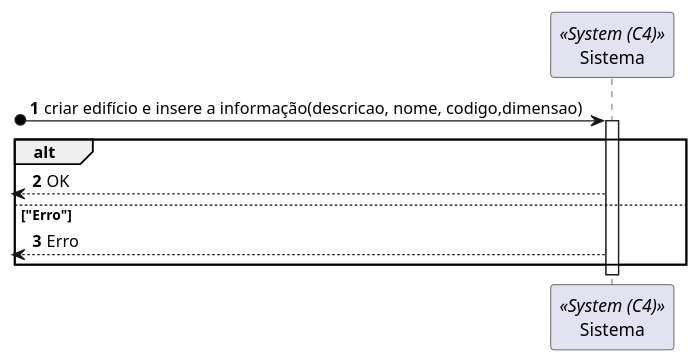
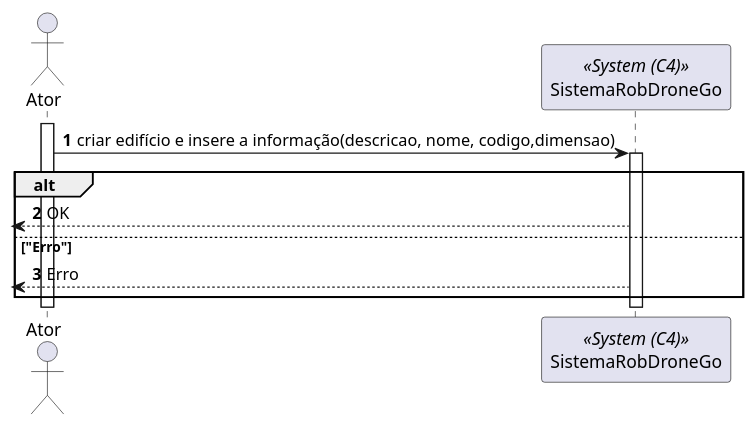
The diagram in docs/Sprint_A/US_150/N1/VP.plantuml (SEM5PI2324G58/sem5pi_g58_23_24), drawn with PlantUML before and after one commit. The commit also changed 9 other files, not shown here.

```diff
--- a/docs/Sprint_A/US_150/N1/VP.plantuml
+++ b/docs/Sprint_A/US_150/N1/VP.plantuml
@@ -1,11 +1,12 @@
 autonumber
+actor "Ator" as actor
+participant SistemaRobDroneGo as sistema <<System (C4)>>
 
-participant Sistema as sistema <<System (C4)>>
-
-[o-> sistema: criar edifício e insere a informação(descricao, nome, codigo,dimensao)
+activate actor
+actor -> sistema: criar edifício e insere a informação(descricao, nome, codigo,dimensao)
 activate sistema
 alt
 <-- sistema: OK
 else "Erro"
 <-- sistema: Erro
 end alt
```
